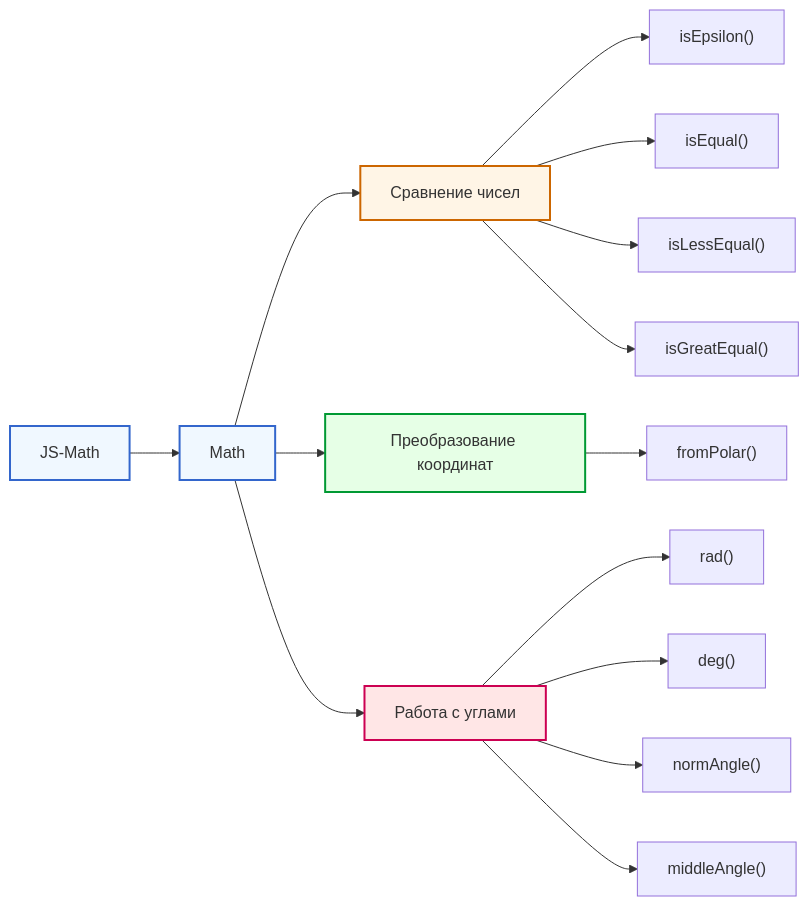
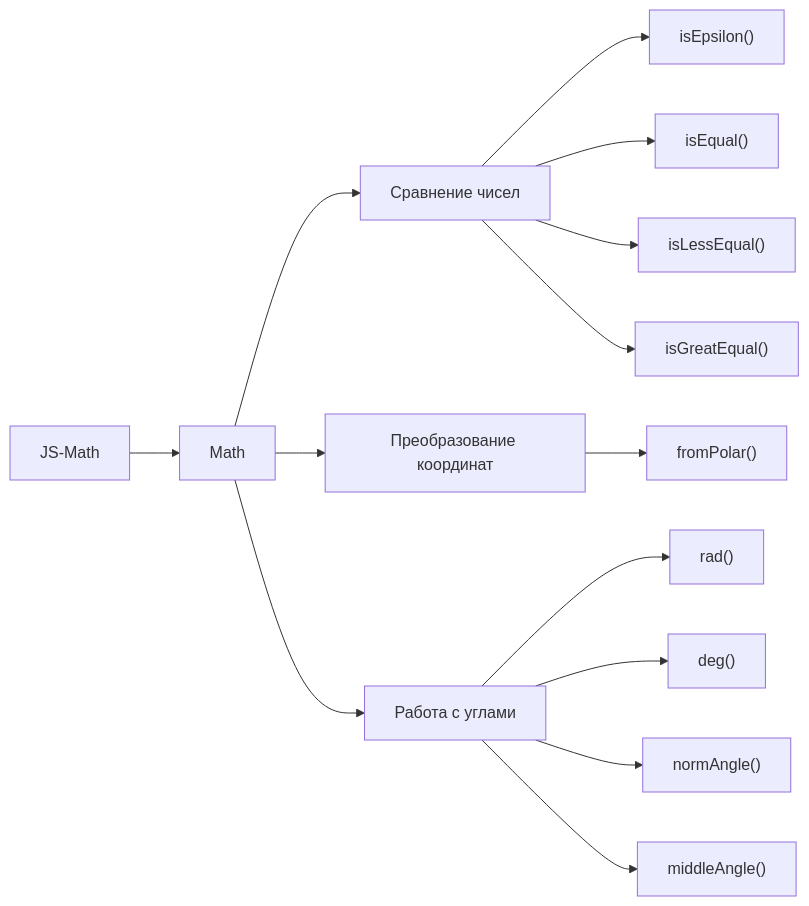
One commit to VKCreator/MotorXP-AFM-Scripting-API changed the diagram in docs/ru/globalObjects/Math/index.md. Above: the diagram before and after it, drawn with Mermaid. The commit also changed 2 other files, not shown here.

Commit message:
Add mindmap

````diff
--- a/docs/ru/globalObjects/Math/index.md
+++ b/docs/ru/globalObjects/Math/index.md
@@ -25,35 +25,35 @@
 ``` mermaid
     graph LR
         Parent[JS-Math] --> A[Math]
         
         A[Math] --> B[Сравнение чисел]
         A --> C[Преобразование координат]
         A --> D[Работа с углами]
  
 
         B --> B1["isEpsilon()"]
         B --> B2["isEqual()"]
         B --> B3["isLessEqual()"]
         B --> B4["isGreatEqual()"]
 
         C --> C1["fromPolar()"]
 
         D --> D1["rad()"]
         D --> D2["deg()"]
         D --> D3["normAngle()"]
         D --> D4["middleAngle()"]
 
         %% === Стили === %%
-        classDef math fill:#f0f8ff,stroke:#3366cc,stroke-width:2px;
-        classDef compare fill:#fff5e6,stroke:#cc6600,stroke-width:2px;
-        classDef coords fill:#e6ffe6,stroke:#009933,stroke-width:2px;
-        classDef angles fill:#ffe6e6,stroke:#cc0052,stroke-width:2px;
+        %%classDef math fill:#f0f8ff,stroke:#3366cc,stroke-width:2px;
+        %%classDef compare fill:#fff5e6,stroke:#cc6600,stroke-width:2px;
+        %%classDef coords fill:#e6ffe6,stroke:#009933,stroke-width:2px;
+        %%classDef angles fill:#ffe6e6,stroke:#cc0052,stroke-width:2px;
         %%classDef func fill:#ffffff,stroke:#aaaaaa,stroke-width:1px;
 
         %%=== Применяем стили к узлам === %%
-        class Parent,A math
-        class B compare
-        class C coords
-        class D angles
+        %%class Parent,A math
+        %%class B compare
+        %%class C coords
+        %%class D angles
         %%class B1,B2,B3,B4,C1,D1,D2,D3,D4 func
 ```
````
